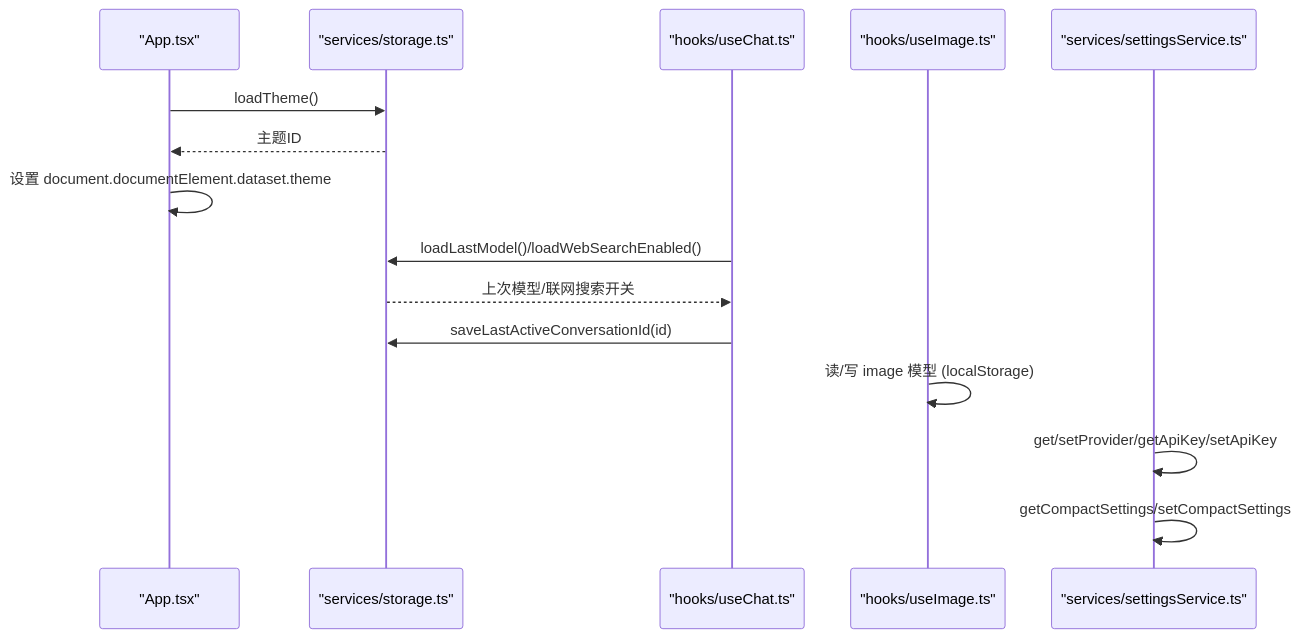
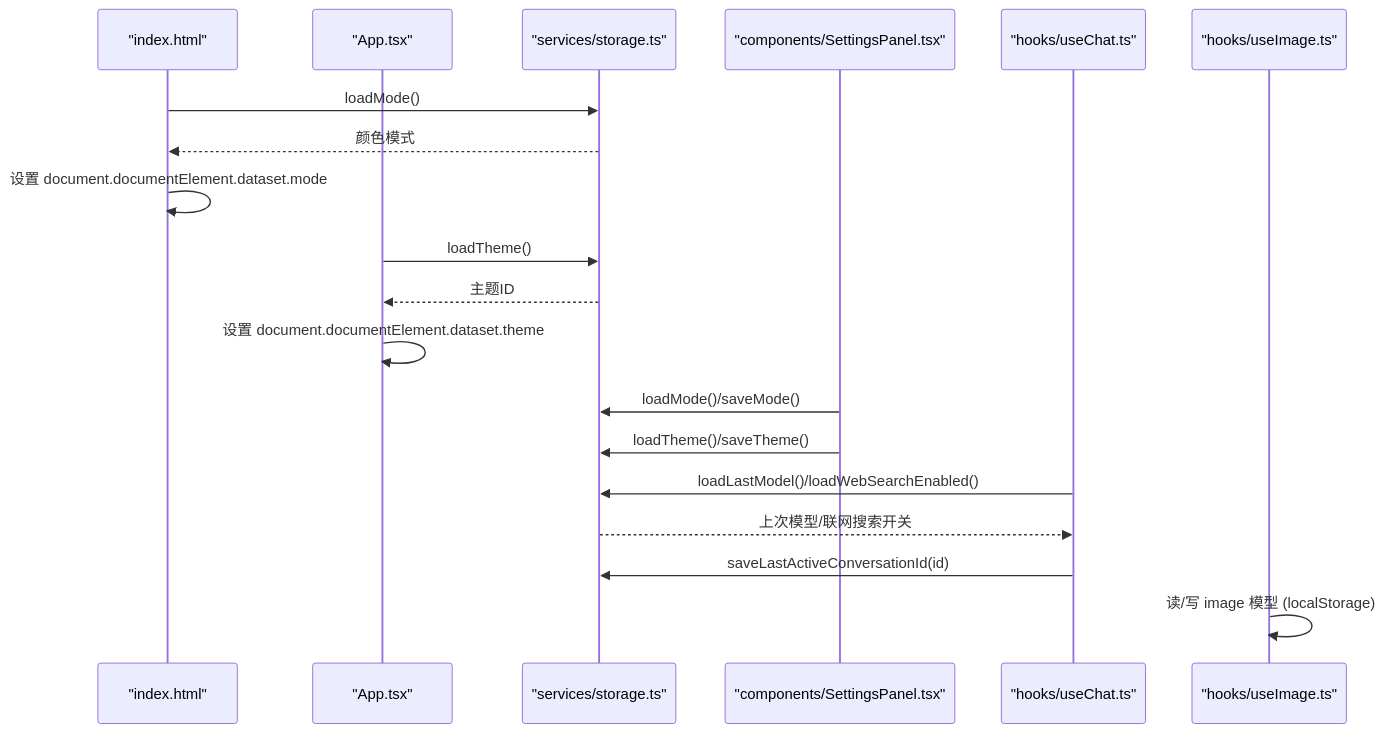
The second of 4 diagrams in .qoder/repowiki/zh/content/数据持久化/本地存储服务.md (billye220670/AIShop), drawn with Mermaid before and after one commit. The commit also changed other lines of this file and 44 other files, not shown here.

````diff
--- a/.qoder/repowiki/zh/content/数据持久化/本地存储服务.md
+++ b/.qoder/repowiki/zh/content/数据持久化/本地存储服务.md
@@ -84,17 +110,21 @@
 ```mermaid
 sequenceDiagram
+participant HTML as "index.html"
 participant App as "App.tsx"
 participant Storage as "services/storage.ts"
+participant Settings as "components/SettingsPanel.tsx"
 participant Chat as "hooks/useChat.ts"
 participant Image as "hooks/useImage.ts"
-participant Settings as "services/settingsService.ts"
+HTML->>Storage : loadMode()
+Storage-->>HTML : 颜色模式
+HTML->>HTML : 设置 document.documentElement.dataset.mode
 App->>Storage : loadTheme()
 Storage-->>App : 主题ID
 App->>App : 设置 document.documentElement.dataset.theme
+Settings->>Storage : loadMode()/saveMode()
+Settings->>Storage : loadTheme()/saveTheme()
 Chat->>Storage : loadLastModel()/loadWebSearchEnabled()
 Storage-->>Chat : 上次模型/联网搜索开关
 Chat->>Storage : saveLastActiveConversationId(id)
 Image->>Image : 读/写 image 模型 (localStorage)
-Settings->>Settings : get/setProvider/getApiKey/setApiKey
-Settings->>Settings : getCompactSettings/setCompactSettings
 ```
````
